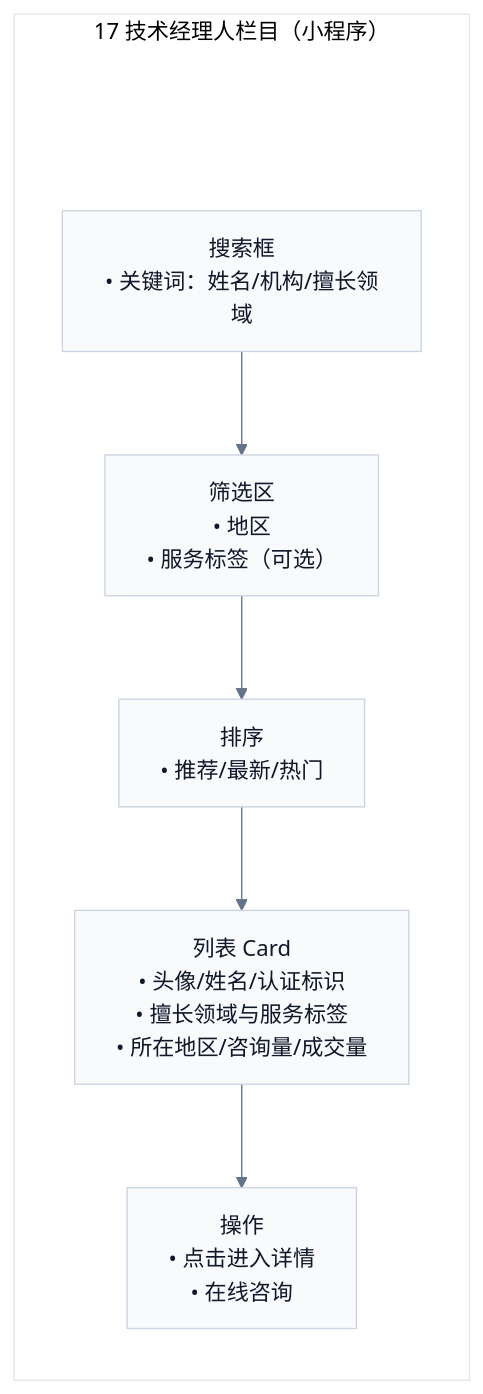
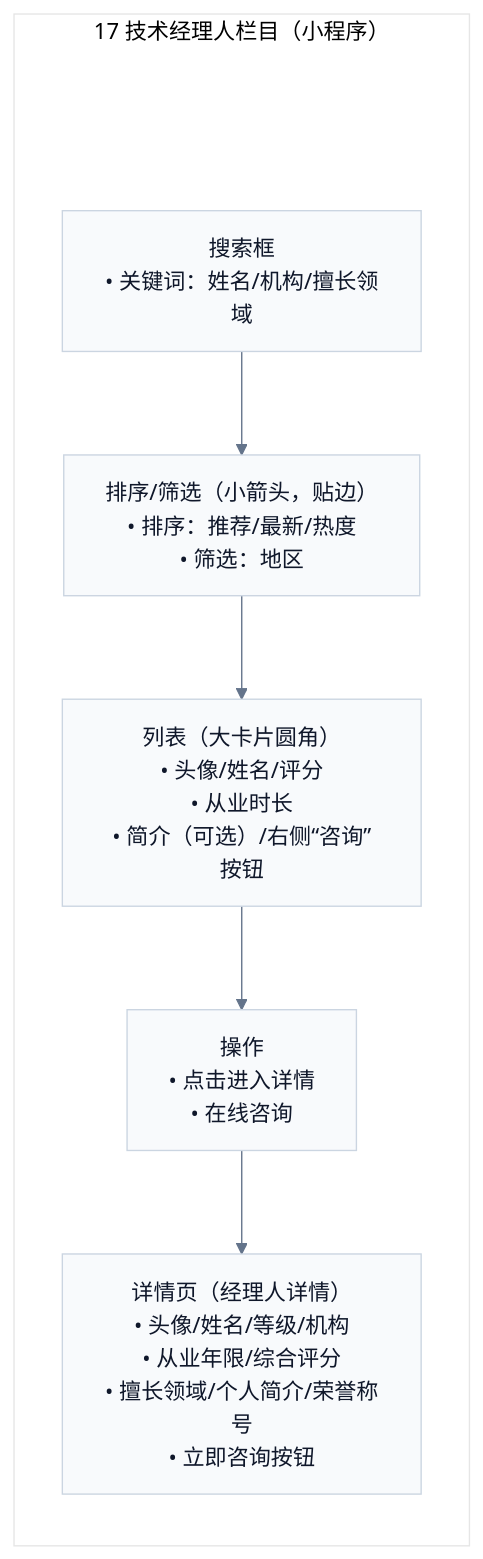
Before and after one commit to Ming-1984/Ipmoney: the diagram in docs/demo/pages/miniapp/17-tech-managers.mmd, drawn with Mermaid. The commit also changed 378 other files, not shown here.

```diff
--- a/docs/demo/pages/miniapp/17-tech-managers.mmd
+++ b/docs/demo/pages/miniapp/17-tech-managers.mmd
@@ -1,16 +1,16 @@
 %%{init: {'theme':'base','flowchart': {'htmlLabels': true},'themeVariables': {'fontFamily': 'Inter, Microsoft YaHei, sans-serif','lineColor':'#64748B','primaryTextColor':'#0F172A','primaryBorderColor':'#CBD5E1','primaryColor':'#F8FAFC'}}}%%
 flowchart TB
   subgraph P["17 技术经理人栏目（小程序）"]
     direction TB
     Pad[" "]:::pad
     SearchBar["搜索框<br/>• 关键词：姓名/机构/擅长领域"]
-    Filters["筛选区<br/>• 地区<br/>• 服务标签（可选）"]
-    SortBar["排序<br/>• 推荐/最新/热门"]
-    List["列表 Card<br/>• 头像/姓名/认证标识<br/>• 擅长领域与服务标签<br/>• 所在地区/咨询量/成交量"]
+    Toolbar["排序/筛选（小箭头，贴边）<br/>• 排序：推荐/最新/热度<br/>• 筛选：地区"]
+    List["列表（大卡片圆角）<br/>• 头像/姓名/评分<br/>• 从业时长<br/>• 简介（可选）/右侧“咨询”按钮"]
     Action["操作<br/>• 点击进入详情<br/>• 在线咨询"]
+    Detail["详情页（经理人详情）<br/>• 头像/姓名/等级/机构<br/>• 从业年限/综合评分<br/>• 擅长领域/个人简介/荣誉称号<br/>• 立即咨询按钮"]
     Pad --> SearchBar
-    SearchBar --> Filters --> SortBar --> List --> Action
+    SearchBar --> Toolbar --> List --> Action --> Detail
   end
 
   classDef pad fill:transparent,stroke:transparent,color:transparent;
   linkStyle 0 stroke:transparent,fill:transparent;
```
